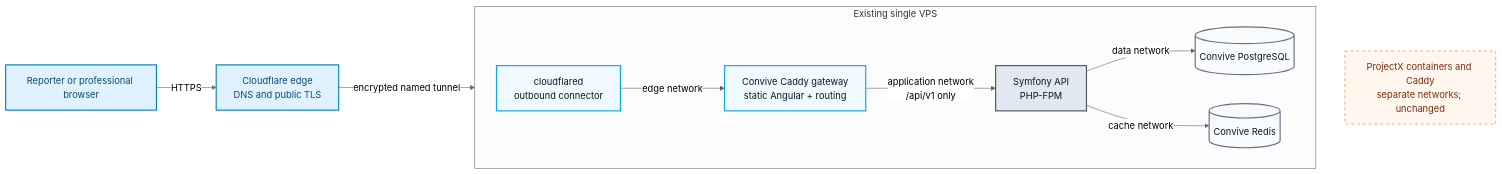
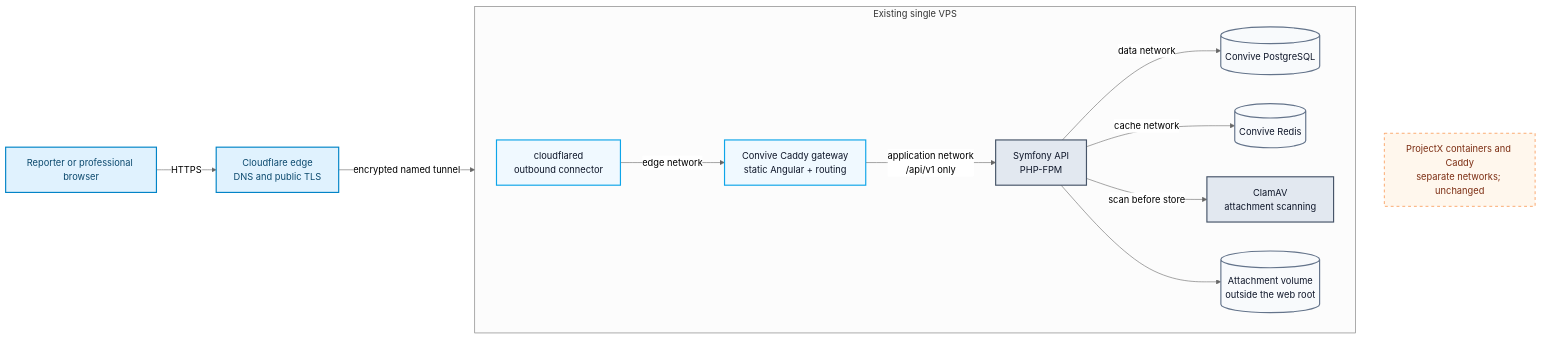
Before and after one commit to albertogalvez-dev/Convive: the diagram in docs/architecture/diagrams/single-vps-deployment.md, drawn with Mermaid (neutral theme). The commit also changed other lines of this file and 3 other files, not shown here.

````diff
--- a/docs/architecture/diagrams/single-vps-deployment.md
+++ b/docs/architecture/diagrams/single-vps-deployment.md
@@ -7,36 +15,41 @@
 ```mermaid
 flowchart LR
     browser["Reporter or professional browser"]
     cf["Cloudflare edge<br/>DNS and public TLS"]
 
     subgraph vps["Existing single VPS"]
         direction LR
         tunnel["cloudflared<br/>outbound connector"]
         gateway["Convive Caddy gateway<br/>static Angular + routing"]
         api["Symfony API<br/>PHP-FPM"]
         db[("Convive PostgreSQL")]
         redis[("Convive Redis")]
+        clamav["ClamAV<br/>attachment scanning"]
+        attachments[("Attachment volume<br/>outside the web root")]
 
         tunnel -->|"edge network"| gateway
         gateway -->|"application network<br/>/api/v1 only"| api
         api -->|"data network"| db
         api -->|"cache network"| redis
+        api -->|"scan before store"| clamav
+        api --> attachments
     end
 
     browser -->|"HTTPS"| cf
     cf -->|"encrypted named tunnel"| tunnel
 
     projectx["ProjectX containers and Caddy<br/>separate networks; unchanged"]
     vps ~~~ projectx
 
     classDef public fill:#E0F2FE,stroke:#0284C7,color:#0C4A6E,stroke-width:2px
     classDef edge fill:#F0F9FF,stroke:#0EA5E9,color:#0F172A,stroke-width:2px
     classDef app fill:#E2E8F0,stroke:#475569,color:#0F172A,stroke-width:2px
     classDef data fill:#F8FAFC,stroke:#64748B,color:#0F172A,stroke-width:2px
     classDef unrelated fill:#FFF7ED,stroke:#F97316,color:#7C2D12,stroke-dasharray:5 5
     class browser,cf public
     class tunnel,gateway edge
     class api app
-    class db,redis data
+    class db,redis,attachments data
+    class clamav app
     class projectx unrelated
 ```
````
